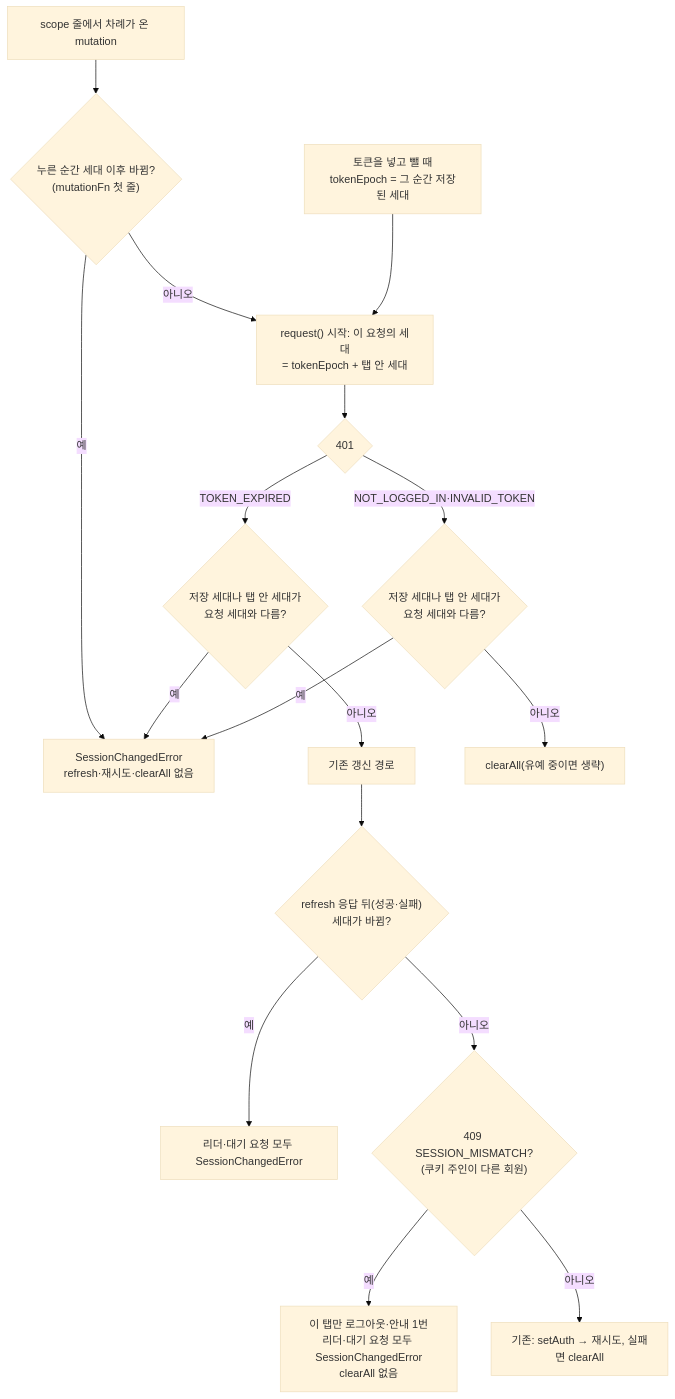
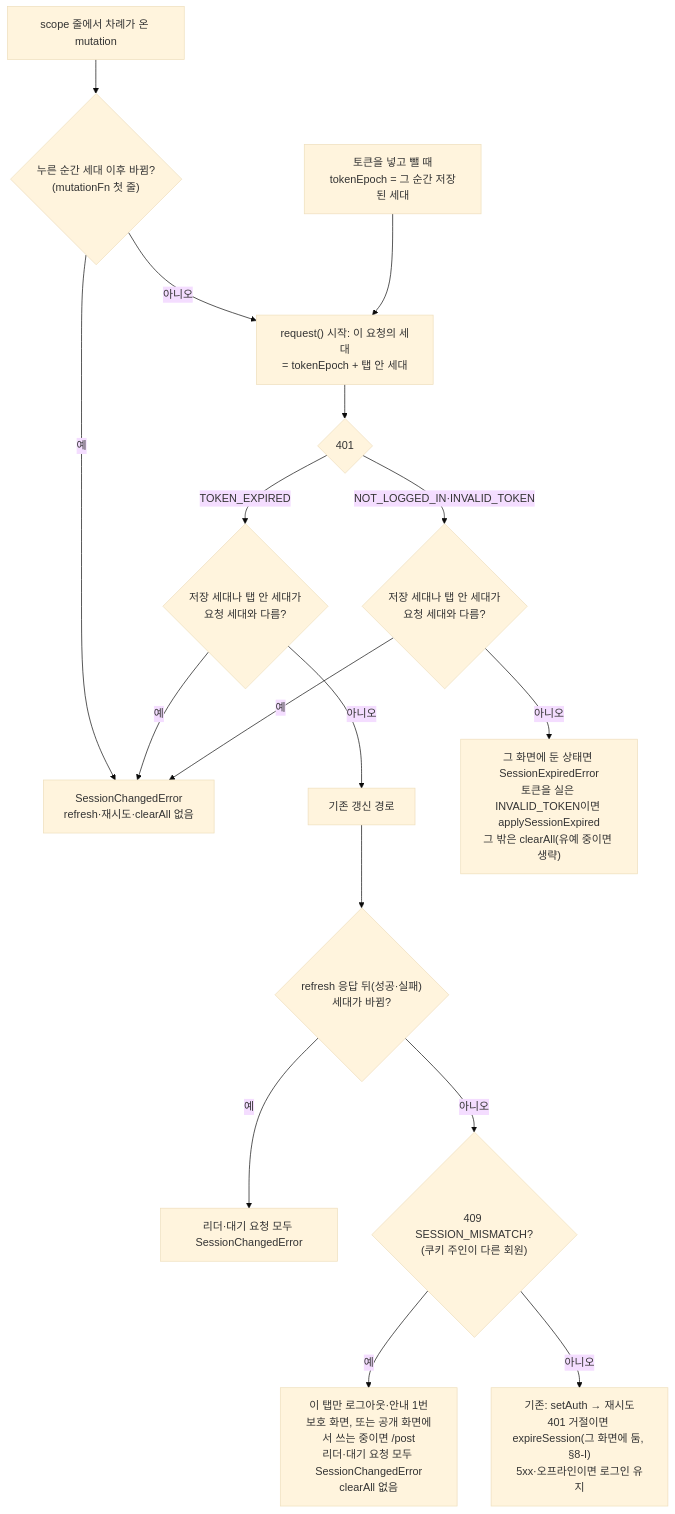
Before and after one commit to BAECHAN/link-sphere_FE_NEW: the second of 7 diagrams in docs/AUTH.md, drawn with Mermaid (base theme). The commit also changed other lines of this file and 56 other files, not shown here.

First line of the commit message:
feat(auth): 로그인이 풀려도 쓰던 화면에 두고 그 자리에서 다시 로그인 (#450)

````diff
--- a/docs/AUTH.md
+++ b/docs/AUTH.md
@@ -315,19 +333,19 @@
 ```mermaid
 flowchart TD
   MQ["scope 줄에서 차례가 온 mutation"] --> MC{"누른 순간 세대 이후 바뀜?<br/>(mutationFn 첫 줄)"}
   MC -->|"예"| SC
   MC -->|"아니오"| Q
   T["토큰을 넣고 뺄 때<br/>tokenEpoch = 그 순간 저장된 세대"] --> Q["request() 시작: 이 요청의 세대<br/>= tokenEpoch + 탭 안 세대"]
   Q --> E{"401"}
   E -->|"TOKEN_EXPIRED"| C1{"저장 세대나 탭 안 세대가<br/>요청 세대와 다름?"}
   E -->|"NOT_LOGGED_IN·INVALID_TOKEN"| C5{"저장 세대나 탭 안 세대가<br/>요청 세대와 다름?"}
   C1 -->|"예"| SC["SessionChangedError<br/>refresh·재시도·clearAll 없음"]
   C1 -->|"아니오"| OLD["기존 갱신 경로"]
   C5 -->|"예"| SC
-  C5 -->|"아니오"| CA["clearAll(유예 중이면 생략)"]
+  C5 -->|"아니오"| CA["그 화면에 둔 상태면 SessionExpiredError<br/>토큰을 실은 INVALID_TOKEN이면 applySessionExpired<br/>그 밖은 clearAll(유예 중이면 생략)"]
   OLD --> L{"refresh 응답 뒤(성공·실패)<br/>세대가 바뀜?"}
   L -->|"예"| ALL["리더·대기 요청 모두 SessionChangedError"]
   L -->|"아니오"| M{"409 SESSION_MISMATCH?<br/>(쿠키 주인이 다른 회원)"}
-  M -->|"예"| MM["이 탭만 로그아웃·안내 1번<br/>리더·대기 요청 모두 SessionChangedError<br/>clearAll 없음"]
-  M -->|"아니오"| OK["기존: setAuth → 재시도, 실패면 clearAll"]
+  M -->|"예"| MM["이 탭만 로그아웃·안내 1번<br/>보호 화면, 또는 공개 화면에서 쓰는 중이면 /post<br/>리더·대기 요청 모두 SessionChangedError<br/>clearAll 없음"]
+  M -->|"아니오"| OK["기존: setAuth → 재시도<br/>401 거절이면 expireSession(그 화면에 둠, §8-I)<br/>5xx·오프라인이면 로그인 유지"]
 ```
````
